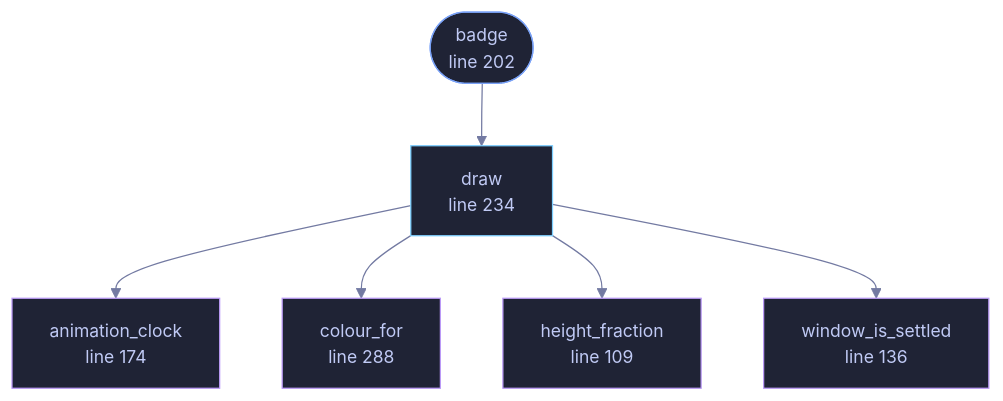
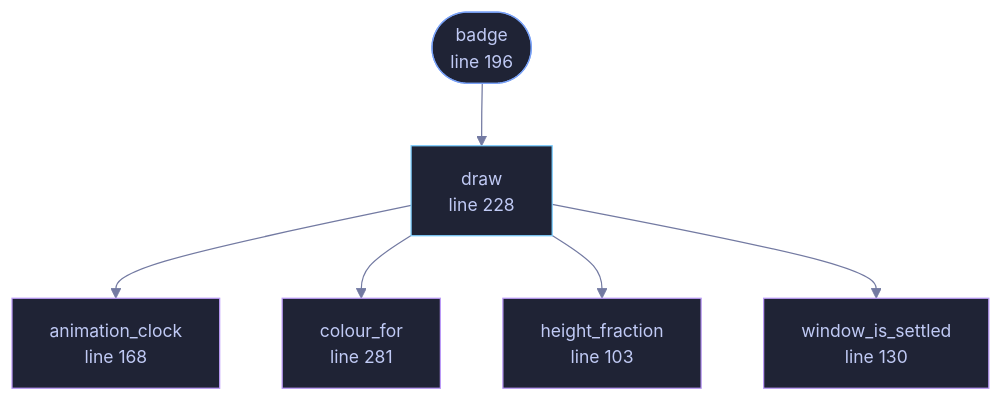
One commit to tilas01/veilvoice changed the diagram in wiki/File-veilvoice-gui-soundbar.md. Above: the diagram before and after it, drawn with Mermaid. The commit also changed other lines of this file and 137 other files, not shown here.

````diff
--- a/wiki/File-veilvoice-gui-soundbar.md
+++ b/wiki/File-veilvoice-gui-soundbar.md
@@ -109,27 +111,27 @@
 ```mermaid
 %%{init: {"theme":"base","themeVariables":{"background":"#1a1b26","primaryColor":"#1f2335","primaryTextColor":"#c0caf5","primaryBorderColor":"#7aa2f7","secondaryColor":"#16161e","tertiaryColor":"#16161e","lineColor":"#737aa2","textColor":"#c0caf5","mainBkg":"#1f2335","nodeBorder":"#7aa2f7","clusterBkg":"#16161e","clusterBorder":"#2f3549","fontFamily":"ui-monospace, SFMono-Regular, Consolas, monospace","fontSize":"14px"}}}%%
 flowchart TD
-    n_height_fraction["height_fraction<br/>line 109"]
-    n_window_is_settled["window_is_settled<br/>line 136"]
-    n_animation_clock["animation_clock<br/>line 174"]
-    n_badge(["badge<br/>line 202"])
-    n_draw["draw<br/>line 234"]
-    n_colour_for["colour_for<br/>line 288"]
+    n_height_fraction["height_fraction<br/>line 103"]
+    n_window_is_settled["window_is_settled<br/>line 130"]
+    n_animation_clock["animation_clock<br/>line 168"]
+    n_badge(["badge<br/>line 196"])
+    n_draw["draw<br/>line 228"]
+    n_colour_for["colour_for<br/>line 281"]
     n_badge --> n_draw
     n_draw --> n_animation_clock
     n_draw --> n_colour_for
     n_draw --> n_height_fraction
     n_draw --> n_window_is_settled
-    click n_height_fraction href "https://github.com/tilas01/veilvoice/blob/main/crates/veilvoice-gui/src/soundbar.rs#L109" "open the source"
-    click n_window_is_settled href "https://github.com/tilas01/veilvoice/blob/main/crates/veilvoice-gui/src/soundbar.rs#L136" "open the source"
-    click n_animation_clock href "https://github.com/tilas01/veilvoice/blob/main/crates/veilvoice-gui/src/soundbar.rs#L174" "open the source"
-    click n_badge href "https://github.com/tilas01/veilvoice/blob/main/crates/veilvoice-gui/src/soundbar.rs#L202" "open the source"
-    click n_draw href "https://github.com/tilas01/veilvoice/blob/main/crates/veilvoice-gui/src/soundbar.rs#L234" "open the source"
-    click n_colour_for href "https://github.com/tilas01/veilvoice/blob/main/crates/veilvoice-gui/src/soundbar.rs#L288" "open the source"
+    click n_height_fraction href "https://github.com/tilas01/veilvoice/blob/main/crates/veilvoice-gui/src/soundbar.rs#L103" "open the source"
+    click n_window_is_settled href "https://github.com/tilas01/veilvoice/blob/main/crates/veilvoice-gui/src/soundbar.rs#L130" "open the source"
+    click n_animation_clock href "https://github.com/tilas01/veilvoice/blob/main/crates/veilvoice-gui/src/soundbar.rs#L168" "open the source"
+    click n_badge href "https://github.com/tilas01/veilvoice/blob/main/crates/veilvoice-gui/src/soundbar.rs#L196" "open the source"
+    click n_draw href "https://github.com/tilas01/veilvoice/blob/main/crates/veilvoice-gui/src/soundbar.rs#L228" "open the source"
+    click n_colour_for href "https://github.com/tilas01/veilvoice/blob/main/crates/veilvoice-gui/src/soundbar.rs#L281" "open the source"
     classDef entry fill:#1f2335,stroke:#7aa2f7,color:#c0caf5
     class n_badge entry
     classDef api fill:#1f2335,stroke:#7dcfff,color:#c0caf5
     class n_draw api
     classDef helper fill:#1f2335,stroke:#bb9af7,color:#c0caf5
     class n_height_fraction,n_window_is_settled,n_animation_clock,n_colour_for helper
 ```
````
